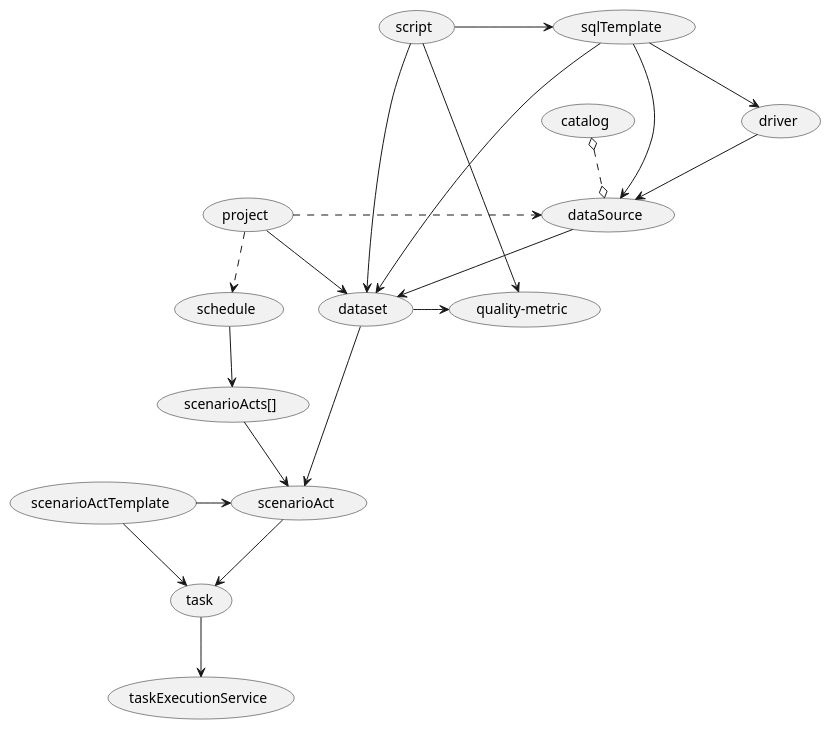
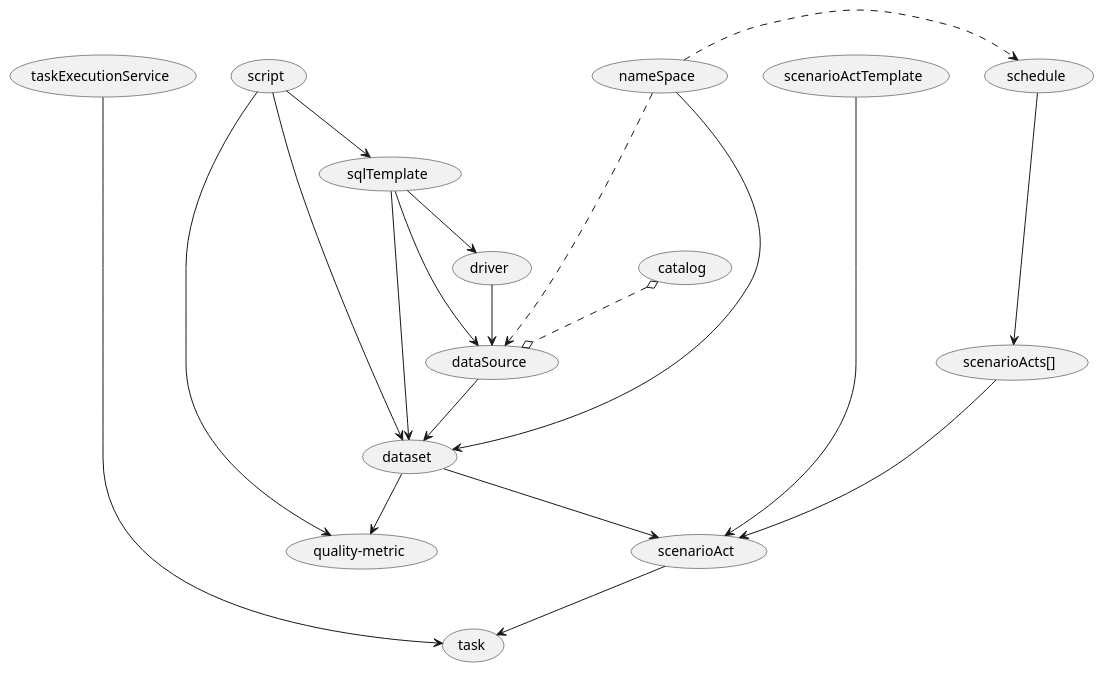
Before and after one commit to zaytsevdmitry/lakehouse: the diagram in doc/entities_design/logical_entities_dependency.puml, drawn with PlantUML. The commit also changed 78 other files, not shown here.

```diff
--- a/doc/entities_design/logical_entities_dependency.puml
+++ b/doc/entities_design/logical_entities_dependency.puml
@@ -1,22 +1,22 @@
 @startuml 
 (script) -> (dataset)
-(script) -> (sqlTemplate)
+(script) --> (sqlTemplate)
 (script) -> (quality-metric)
 (schedule) --> (scenarioActs[])
 (scenarioActs[]) --> (scenarioAct)
-(scenarioActTemplate) -> (scenarioAct)
-(scenarioActTemplate) -> (task)
+(scenarioActTemplate) ------> (scenarioAct)
+'(scenarioActTemplate) -> (task)
 (scenarioAct) --> (task)
-(task)-->(taskExecutionService)
-(dataset) -> (scenarioAct)
-(dataset)->(quality-metric)
+(taskExecutionService)------->(task)
+(dataset) --> (scenarioAct)
+(dataset) -->(quality-metric)
 (dataSource) --> (dataset)
-(project) -> (dataset)
-(project) ..> (schedule)
+(nameSpace) -----> (dataset)
+(nameSpace) .> (schedule)
 (driver)-->(dataSource)
 (sqlTemplate) --> (driver)
 (sqlTemplate) --> (dataSource)
 (sqlTemplate) --> (dataset)
 (catalog) o..o  (dataSource)
-(project) .> (dataSource)
+(nameSpace) .> (dataSource)
 @enduml 
```
